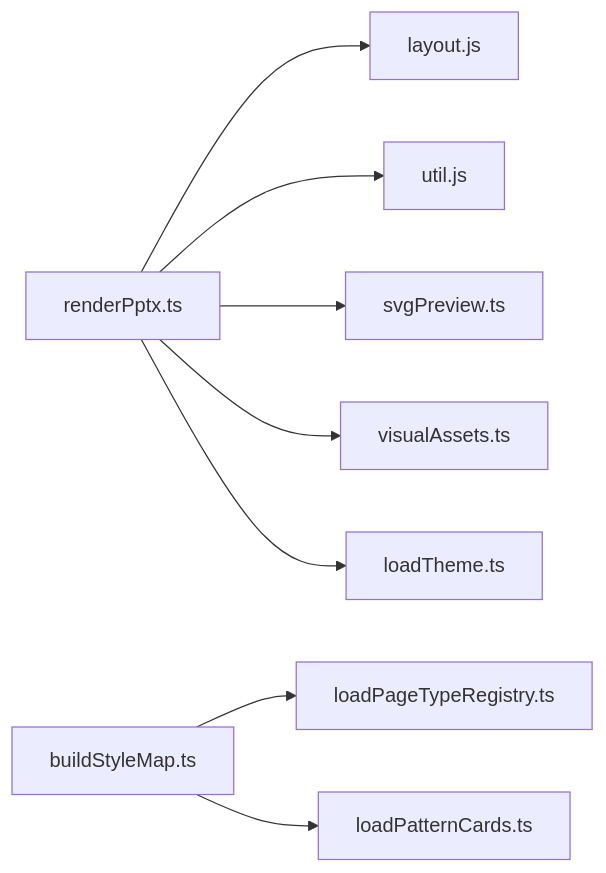
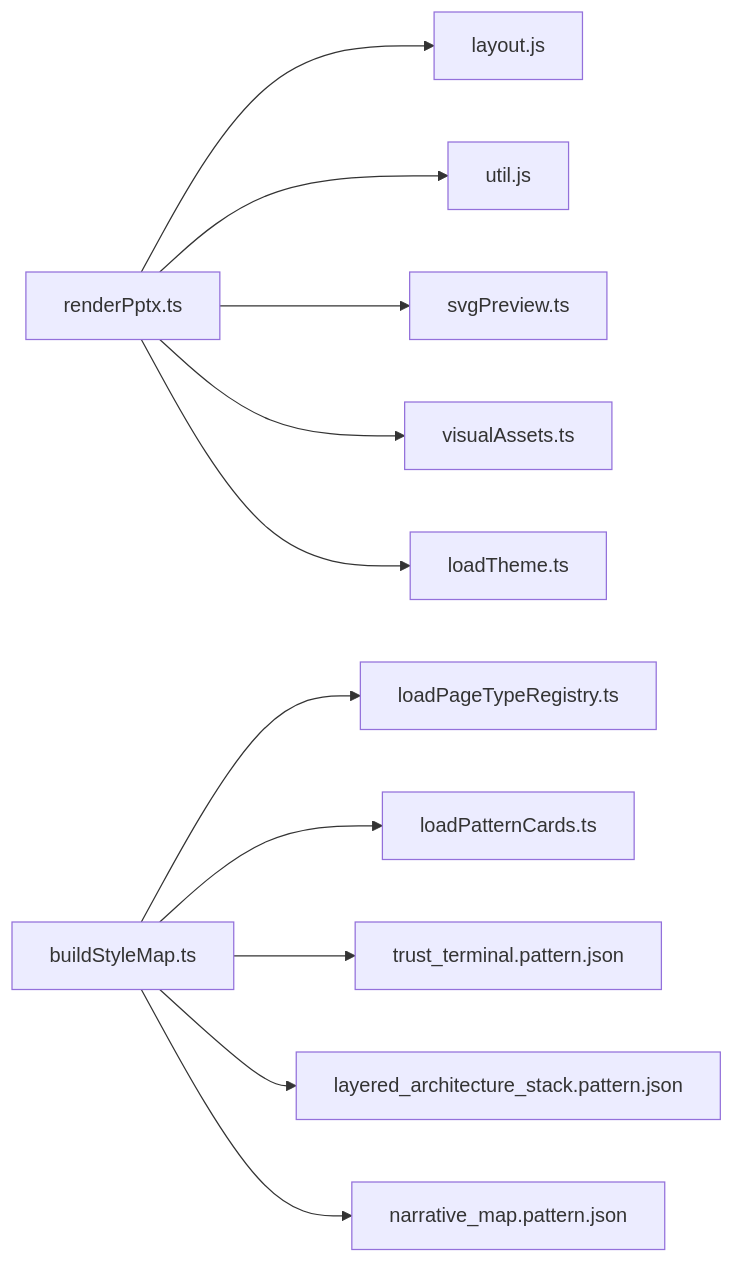
Before and after one commit to brantzh6/deepPPT: the sixth of 6 diagrams in .qoder/repowiki/en/content/Rendering Pipeline/Rendering Pipeline.md, drawn with Mermaid. The commit also changed other lines of this file and 5 other files, not shown here.

Commit message:
Fix PptxGenJS line shape coordinate format in layered_architecture_stack

````diff
--- a/.qoder/repowiki/en/content/Rendering Pipeline/Rendering Pipeline.md
+++ b/.qoder/repowiki/en/content/Rendering Pipeline/Rendering Pipeline.md
@@ -348,10 +404,13 @@
 ```mermaid
 graph LR
 RPTX["renderPptx.ts"] --> LYT["layout.js"]
 RPTX --> UTL["util.js"]
 RPTX --> SVP["svgPreview.ts"]
 RPTX --> VAS["visualAssets.ts"]
 RPTX --> LTM["loadTheme.ts"]
 BSM["buildStyleMap.ts"] --> LPTR["loadPageTypeRegistry.ts"]
 BSM --> LPC["loadPatternCards.ts"]
+BSM --> TT["trust_terminal.pattern.json"]
+BSM --> LAS["layered_architecture_stack.pattern.json"]
+BSM --> NM["narrative_map.pattern.json"]
 ```
````
